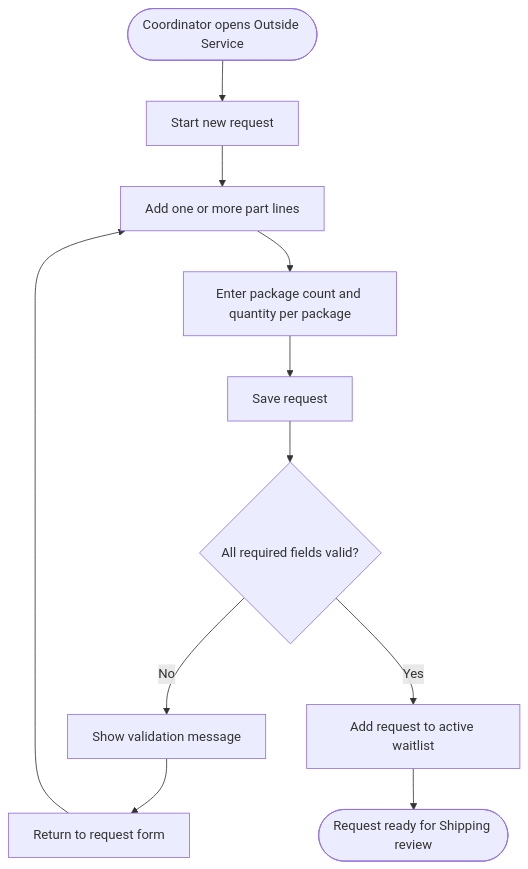
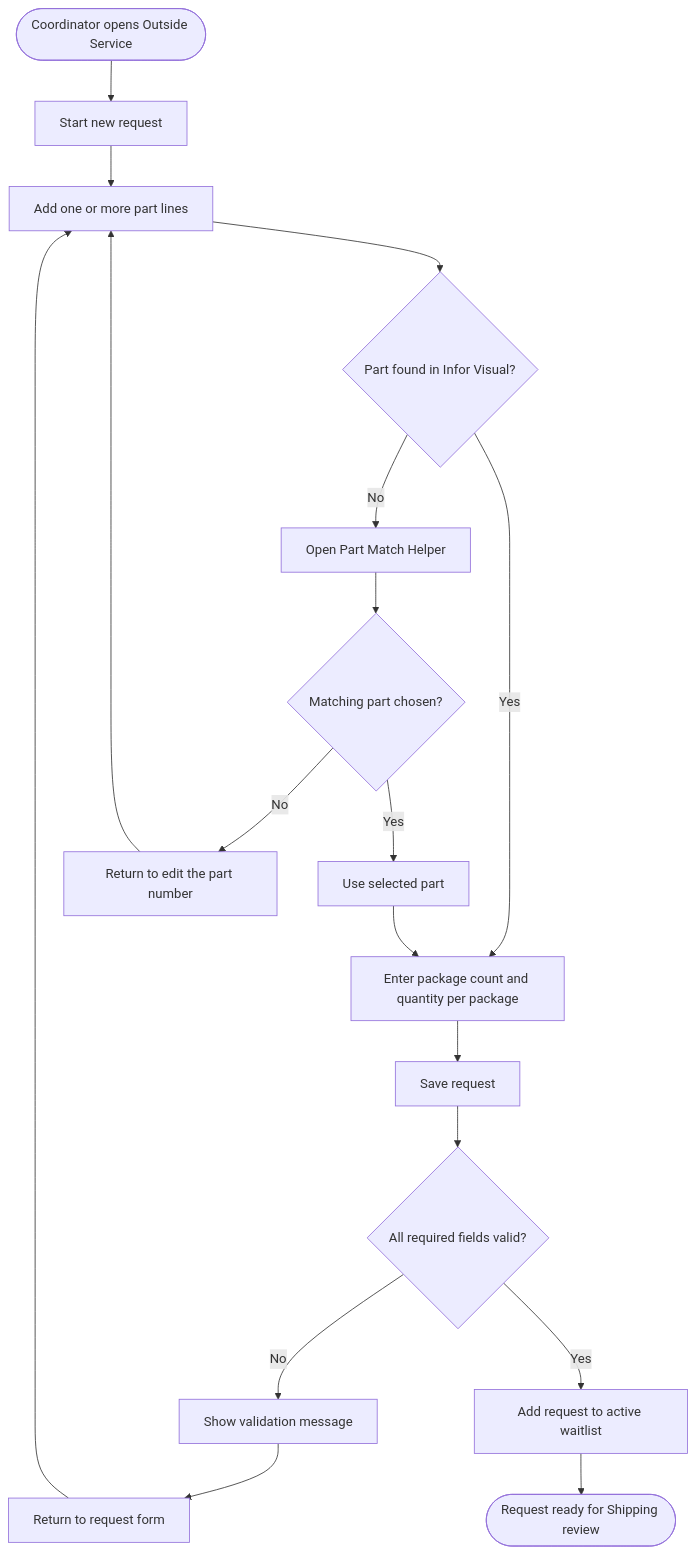
Before and after one commit to JDKoll1982/MTM_Receiving_Application: the first of 2 diagrams in docs/Modules/Module_OutsideService/End-User-Workflow-And-Mockups.md, drawn with Mermaid. The commit also changed other lines of this file and 1 other file, not shown here.

Commit message:
feat: enhance Module_OutsideService documentation with Part Match Helper details

````diff
--- a/docs/Modules/Module_OutsideService/End-User-Workflow-And-Mockups.md
+++ b/docs/Modules/Module_OutsideService/End-User-Workflow-And-Mockups.md
@@ -42,13 +43,20 @@
 ```mermaid
 flowchart TD
   W1_1_Start([Coordinator opens Outside Service]) --> W1_1_NewRequest[Start new request]
   W1_1_NewRequest --> W1_1_AddLine[Add one or more part lines]
-  W1_1_AddLine --> W1_1_EnterPackageData[Enter package count and quantity per package]
+  W1_1_AddLine --> W1_1_CheckPart{Part found in Infor Visual?}
+  W1_1_CheckPart -->|Yes| W1_1_EnterPackageData[Enter package count and quantity per package]
+  W1_1_CheckPart -->|No| W1_1_OpenHelper[Open Part Match Helper]
+  W1_1_OpenHelper --> W1_1_HelperSelect{Matching part chosen?}
+  W1_1_HelperSelect -->|Yes| W1_1_UseMatch[Use selected part]
+  W1_1_UseMatch --> W1_1_EnterPackageData
+  W1_1_HelperSelect -->|No| W1_1_ReturnEdit[Return to edit the part number]
+  W1_1_ReturnEdit --> W1_1_AddLine
   W1_1_EnterPackageData --> W1_1_SaveRequest[Save request]
   W1_1_SaveRequest --> W1_1_SaveValid{All required fields valid?}
   W1_1_SaveValid -->|No| W1_1_ShowValidation[Show validation message]
   W1_1_ShowValidation --> W1_1_ReturnToForm[Return to request form]
   W1_1_ReturnToForm --> W1_1_AddLine
   W1_1_SaveValid -->|Yes| W1_1_AddToWaitlist[Add request to active waitlist]
   W1_1_AddToWaitlist --> W1_1_SuccessEnd([Request ready for Shipping review])
 ```
````
